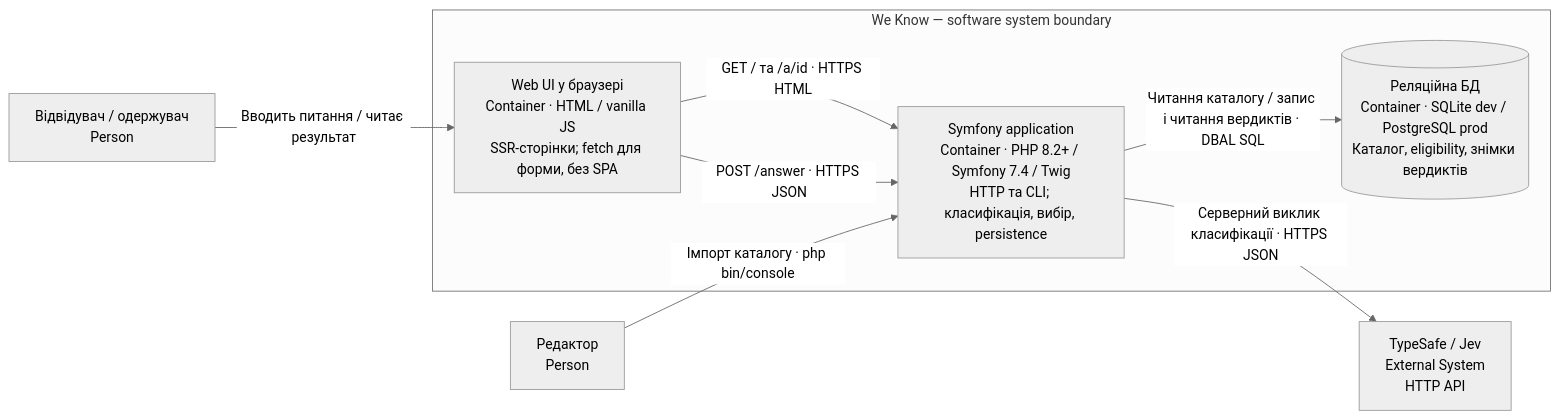
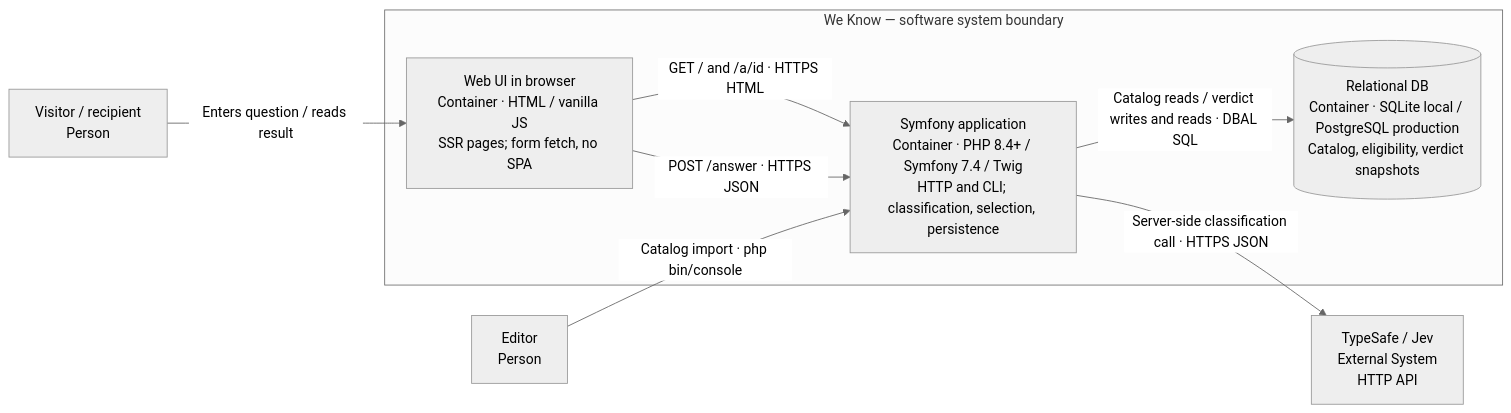
Before and after one commit to guri4ek/we-know: the second of 5 diagrams in docs/architecture/c4.md, drawn with Mermaid (neutral theme). The commit also changed other lines of this file and 17 other files, not shown here.

````diff
--- a/docs/architecture/c4.md
+++ b/docs/architecture/c4.md
@@ -27,17 +27,17 @@
 ```mermaid
 flowchart LR
-    visitor["Відвідувач / одержувач<br/>Person"]
-    editor["Редактор<br/>Person"]
+    visitor["Visitor / recipient<br/>Person"]
+    editor["Editor<br/>Person"]
     jev["TypeSafe / Jev<br/>External System<br/>HTTP API"]
     subgraph system["We Know — software system boundary"]
-        ui["Web UI у браузері<br/>Container · HTML / vanilla JS<br/>SSR-сторінки; fetch для форми, без SPA"]
-        app["Symfony application<br/>Container · PHP 8.2+ / Symfony 7.4 / Twig<br/>HTTP та CLI; класифікація, вибір, persistence"]
-        db[("Реляційна БД<br/>Container · SQLite dev / PostgreSQL prod<br/>Каталог, eligibility, знімки вердиктів")]
+        ui["Web UI in browser<br/>Container · HTML / vanilla JS<br/>SSR pages; form fetch, no SPA"]
+        app["Symfony application<br/>Container · PHP 8.4+ / Symfony 7.4 / Twig<br/>HTTP and CLI; classification, selection, persistence"]
+        db[("Relational DB<br/>Container · SQLite local / PostgreSQL production<br/>Catalog, eligibility, verdict snapshots")]
     end
-    visitor -->|"Вводить питання / читає результат"| ui
-    ui -->|"GET / та /a/id · HTTPS HTML"| app
+    visitor -->|"Enters question / reads result"| ui
+    ui -->|"GET / and /a/id · HTTPS HTML"| app
     ui -->|"POST /answer · HTTPS JSON"| app
-    app -->|"Серверний виклик класифікації · HTTPS JSON"| jev
-    app -->|"Читання каталогу / запис і читання вердиктів · DBAL SQL"| db
-    editor -->|"Імпорт каталогу · php bin/console"| app
+    app -->|"Server-side classification call · HTTPS JSON"| jev
+    app -->|"Catalog reads / verdict writes and reads · DBAL SQL"| db
+    editor -->|"Catalog import · php bin/console"| app
 ```
````
